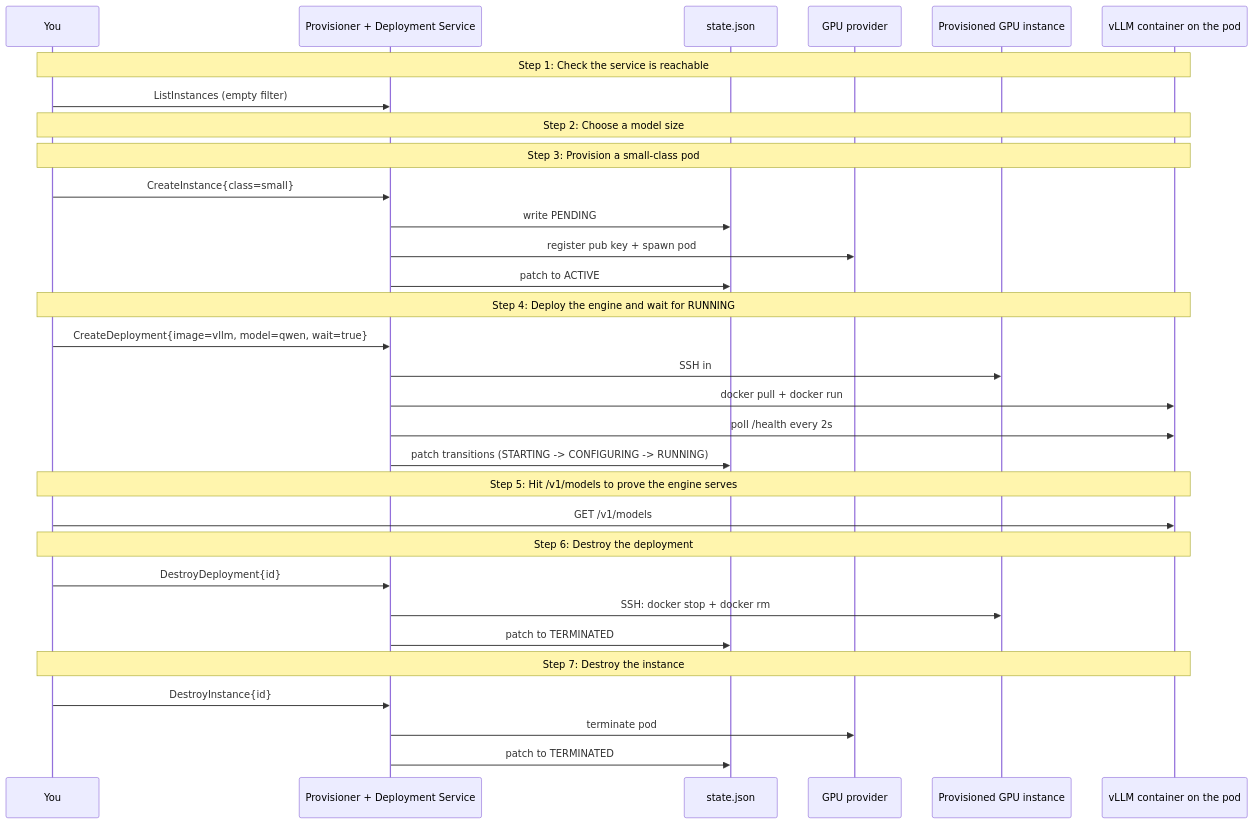
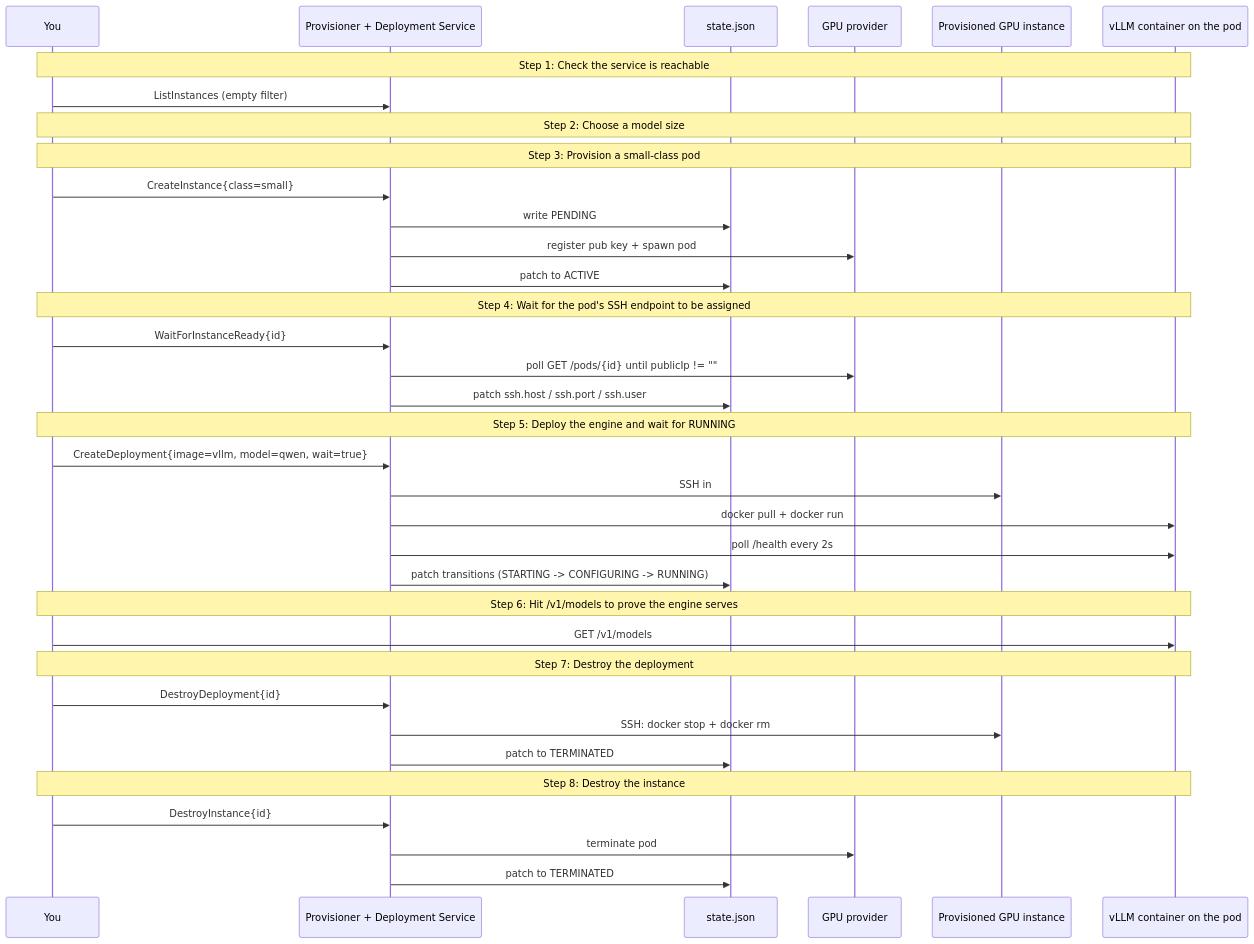
Before and after one commit to inference-book/inference-plane: the diagram in examples/provisioning/03-deploy-end-to-end/RUN.md, drawn with Mermaid. The commit also changed other lines of this file and 1 other file, not shown here.

First line of the commit message:
feat(examples): 03 demo adds explicit wait step + verbatim CLI per step

````diff
--- a/examples/provisioning/03-deploy-end-to-end/RUN.md
+++ b/examples/provisioning/03-deploy-end-to-end/RUN.md
@@ -16,40 +18,45 @@
 ```mermaid
 sequenceDiagram
     participant Operator as You
     participant iplane as Provisioner + Deployment Service
     participant State as state.json
     participant RunPod as GPU provider
     participant Pod as Provisioned GPU instance
     participant Engine as vLLM container on the pod
 
     Note over Operator,Engine: Step 1: Check the service is reachable
     Operator->>iplane: ListInstances (empty filter)
 
     Note over Operator,Engine: Step 2: Choose a model size
 
     Note over Operator,Engine: Step 3: Provision a small-class pod
     Operator->>iplane: CreateInstance{class=small}
     iplane->>State: write PENDING
     iplane->>RunPod: register pub key + spawn pod
     iplane->>State: patch to ACTIVE
 
-    Note over Operator,Engine: Step 4: Deploy the engine and wait for RUNNING
+    Note over Operator,Engine: Step 4: Wait for the pod's SSH endpoint to be assigned
+    Operator->>iplane: WaitForInstanceReady{id}
+    iplane->>RunPod: poll GET /pods/{id} until publicIp != ""
+    iplane->>State: patch ssh.host / ssh.port / ssh.user
+
+    Note over Operator,Engine: Step 5: Deploy the engine and wait for RUNNING
     Operator->>iplane: CreateDeployment{image=vllm, model=qwen, wait=true}
     iplane->>Pod: SSH in
     iplane->>Engine: docker pull + docker run
     iplane->>Engine: poll /health every 2s
     iplane->>State: patch transitions (STARTING -> CONFIGURING -> RUNNING)
 
-    Note over Operator,Engine: Step 5: Hit /v1/models to prove the engine serves
+    Note over Operator,Engine: Step 6: Hit /v1/models to prove the engine serves
     Operator->>Engine: GET /v1/models
 
-    Note over Operator,Engine: Step 6: Destroy the deployment
+    Note over Operator,Engine: Step 7: Destroy the deployment
     Operator->>iplane: DestroyDeployment{id}
     iplane->>Pod: SSH: docker stop + docker rm
     iplane->>State: patch to TERMINATED
 
-    Note over Operator,Engine: Step 7: Destroy the instance
+    Note over Operator,Engine: Step 8: Destroy the instance
     Operator->>iplane: DestroyInstance{id}
     iplane->>RunPod: terminate pod
     iplane->>State: patch to TERMINATED
 ```
````
